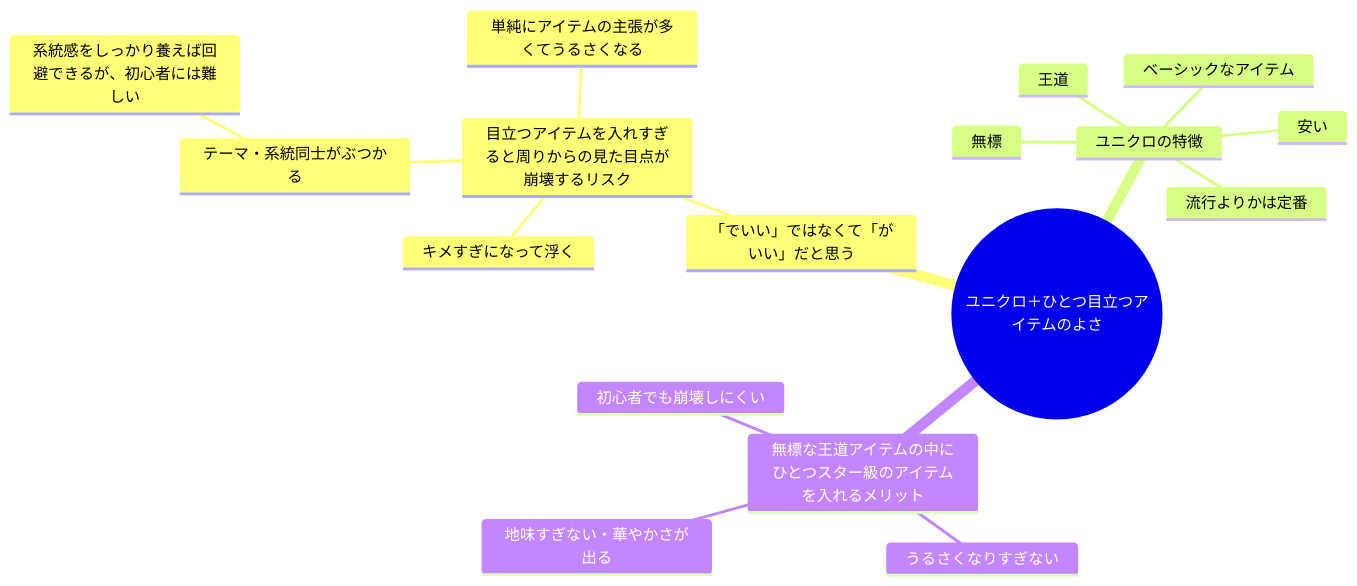
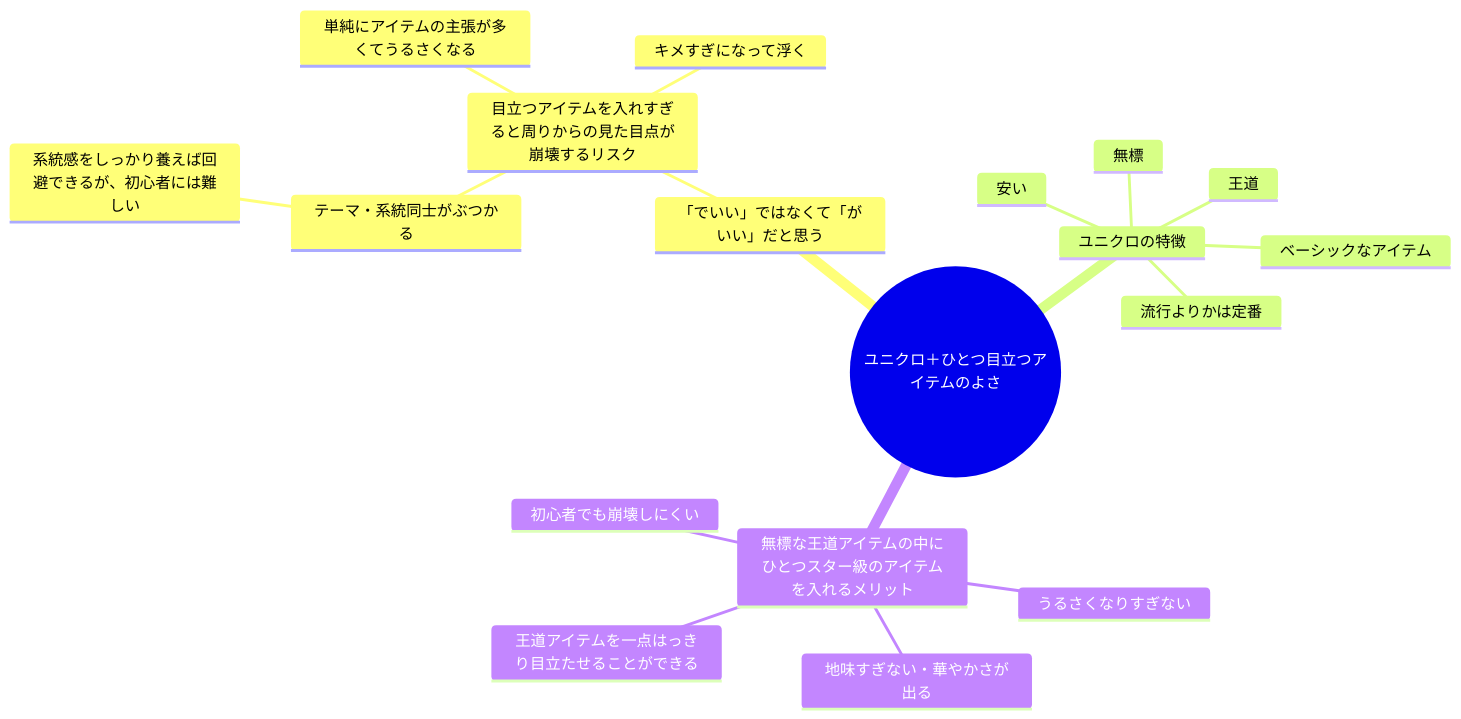
Before and after one commit to yuchiki/mens_fashion_advice: the fourth of 4 diagrams in README.md, drawn with Mermaid.

Commit message:
ユニクロ

````diff
--- a/README.md
+++ b/README.md
@@ -181,19 +181,20 @@
 ```mermaid
     mindmap((ユニクロ＋ひとつ目立つアイテムのよさ))
         「でいい」ではなくて「がいい」だと思う
             目立つアイテムを入れすぎると周りからの見た目点が崩壊するリスク
                 テーマ・系統同士がぶつかる
                     系統感をしっかり養えば回避できるが、初心者には難しい
                 単純にアイテムの主張が多くてうるさくなる
                 キメすぎになって浮く
         ユニクロの特徴
             ベーシックなアイテム
             王道
             無標
             安い
             流行よりかは定番
         無標な王道アイテムの中にひとつスター級のアイテムを入れるメリット
             うるさくなりすぎない
             地味すぎない・華やかさが出る
             初心者でも崩壊しにくい
+            王道アイテムを一点はっきり目立たせることができる
 ```
````
